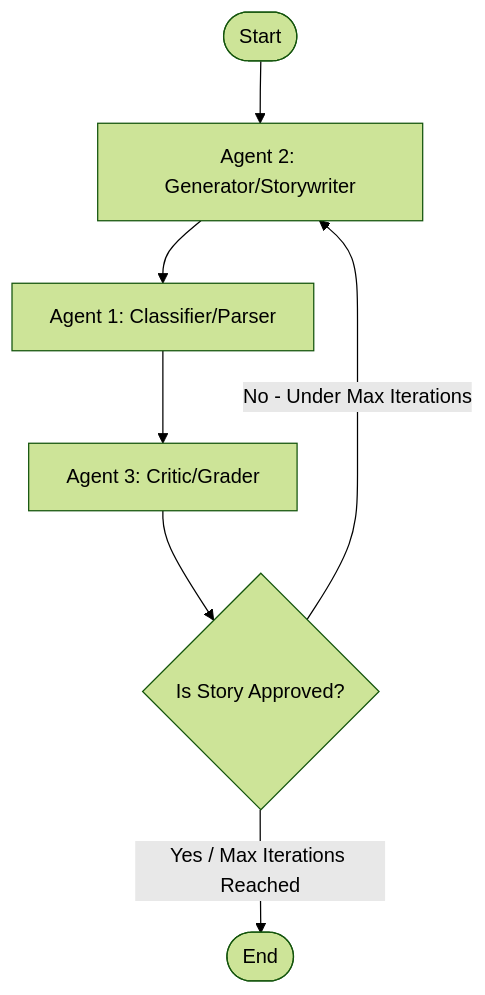
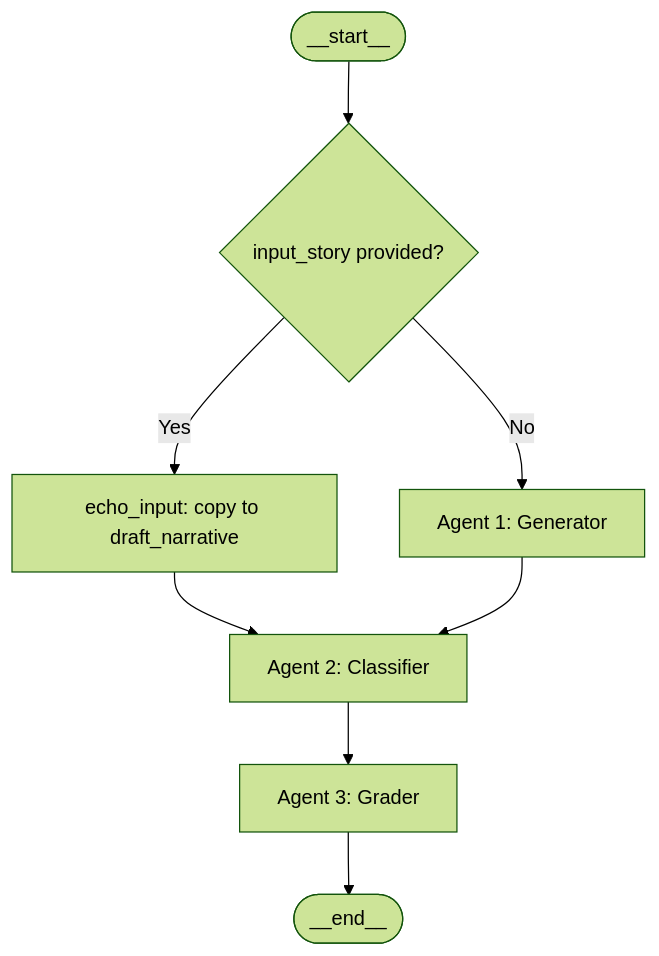
The diagram in skills.md (LeeMayinoti/jnang), drawn with Mermaid (forest theme) before and after one commit. The commit also changed other lines of this file and 31 other files, not shown here.

Commit message:
feat: implement agent-based narrative generation pipeline with structured classification and RAG support

````diff
--- a/skills.md
+++ b/skills.md
@@ -102,9 +122,10 @@
 ```mermaid
 graph TD
-    Start([Start]) --> Generator[Agent 2: Generator/Storywriter]
-    Generator --> Classifier[Agent 1: Classifier/Parser]
-    Classifier --> Critic[Agent 3: Critic/Grader]
-    Critic --> Condition{Is Story Approved?}
-    Condition -->|No - Under Max Iterations| Generator
-    Condition -->|Yes / Max Iterations Reached| End([End])
+    Start([__start__]) --> Router{input_story provided?}
+    Router -->|Yes| EchoInput[echo_input: copy to draft_narrative]
+    Router -->|No| Generator[Agent 1: Generator]
+    EchoInput --> Classifier[Agent 2: Classifier]
+    Generator --> Classifier
+    Classifier --> Grader[Agent 3: Grader]
+    Grader --> End([__end__])
 ```
````
